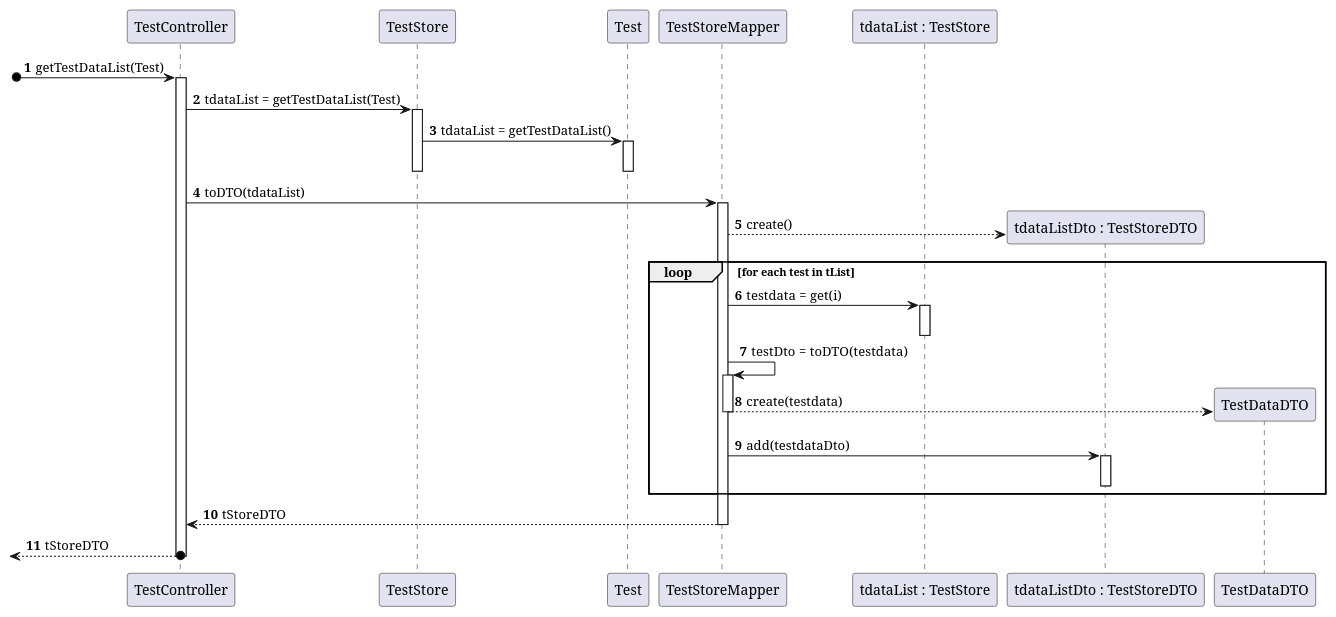
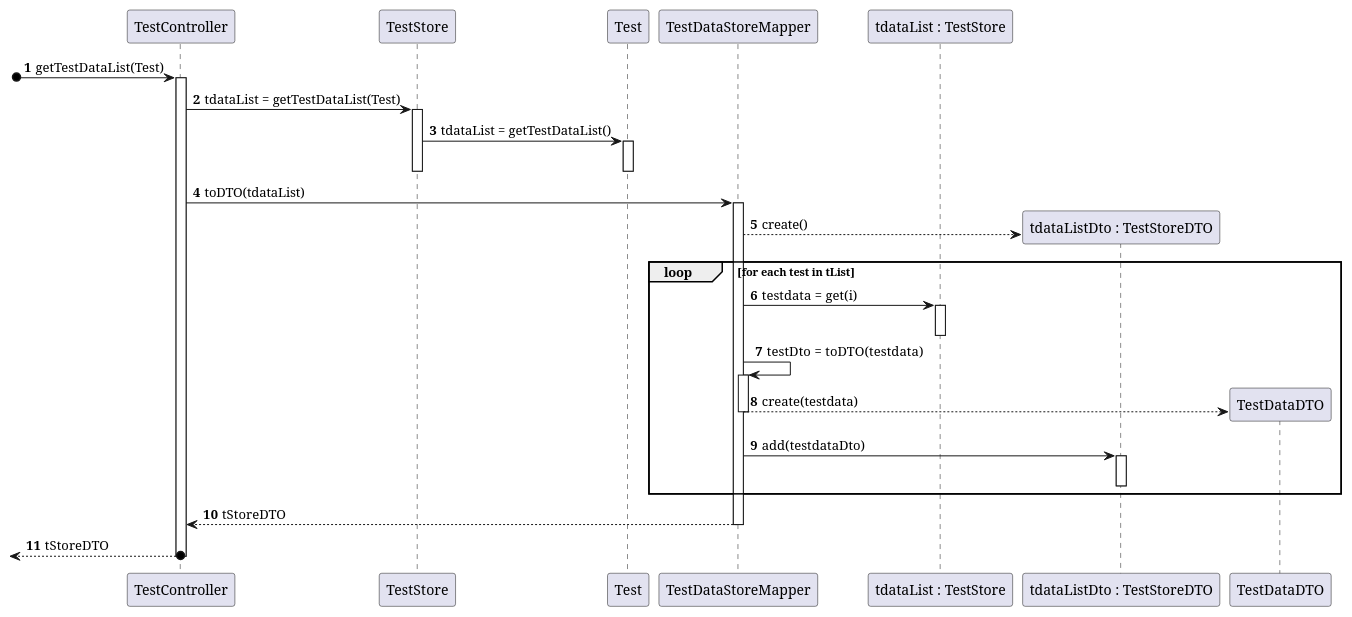
One commit to MarianaCLages/LAPR2 changed the diagram in docs/SprintC/US14/SD_TestDataDTO(Test).puml. Above: the diagram before and after it, drawn with PlantUML. The commit also changed 10 other files, not shown here.

```diff
--- a/docs/SprintC/US14/SD_TestDataDTO(Test).puml
+++ b/docs/SprintC/US14/SD_TestDataDTO(Test).puml
@@ -1,43 +1,43 @@
 @startuml
 'https://plantuml.com/sequence-diagram
 participant "TestController" as ctrl
 participant "TestStore" as tStore
 participant "Test" as Test
-participant "TestStoreMapper" as tStoreMapper
+participant "TestDataStoreMapper" as tStoreMapper
 participant "tdataList : TestStore" as tStore1
 participant "tdataListDto : TestStoreDTO" as tStoreDTO
 participant "TestDataDTO" as tDTO
 
 
 autonumber
 
 [o-> ctrl: getTestDataList(Test)
 activate ctrl
 ctrl -> tStore: tdataList = getTestDataList(Test)
 activate tStore
 tStore -> Test: tdataList = getTestDataList()
 activate Test
 deactivate Test
 deactivate tStore
 
 ctrl -> tStoreMapper: toDTO(tdataList)
 activate tStoreMapper
 tStoreMapper --> tStoreDTO**: create()
 loop for each test in tList
     tStoreMapper -> tStore1: testdata = get(i)
     activate tStore1
     deactivate tStore1
     tStoreMapper -> tStoreMapper: testDto = toDTO(testdata)
     activate tStoreMapper
     tStoreMapper --> tDTO**: create(testdata)
     deactivate tStoreMapper
     tStoreMapper -> tStoreDTO: add(testdataDto)
     activate tStoreDTO
     deactivate tStoreDTO
 end
 tStoreMapper --> ctrl: tStoreDTO
 deactivate tStoreMapper
 return tStoreDTO
 deactivate ctrl
 deactivate tStore
 @enduml
```
